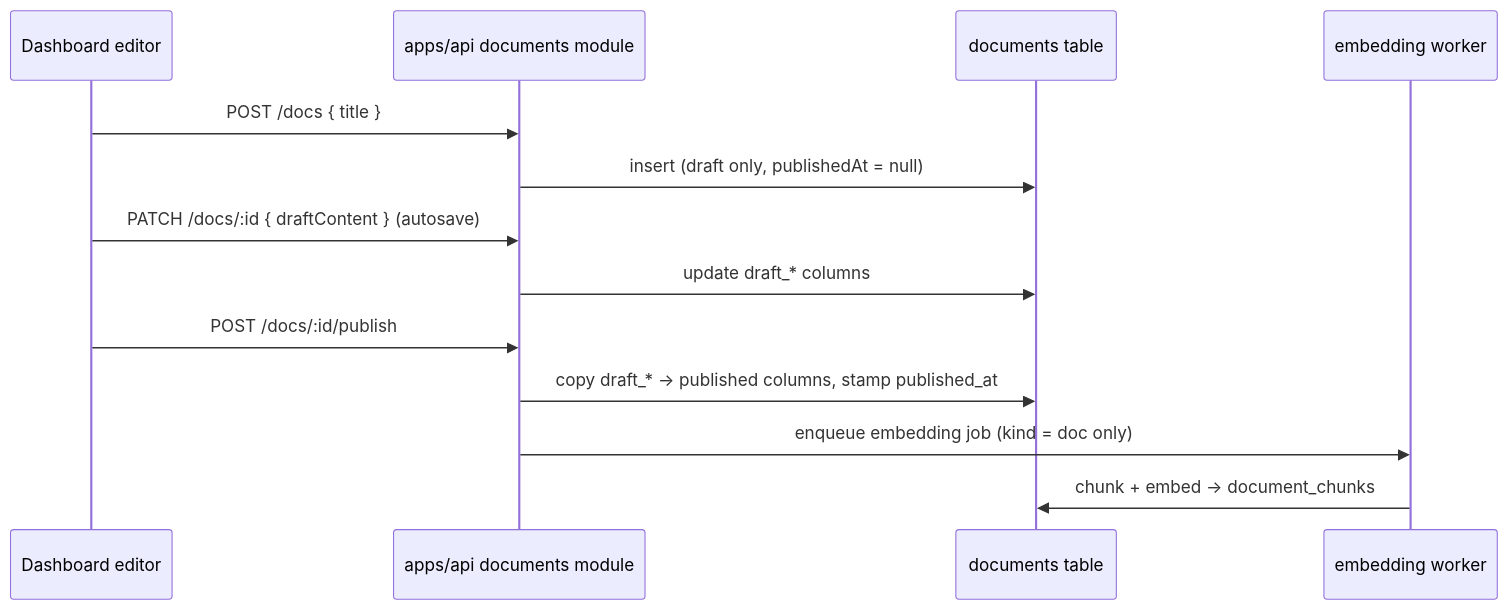
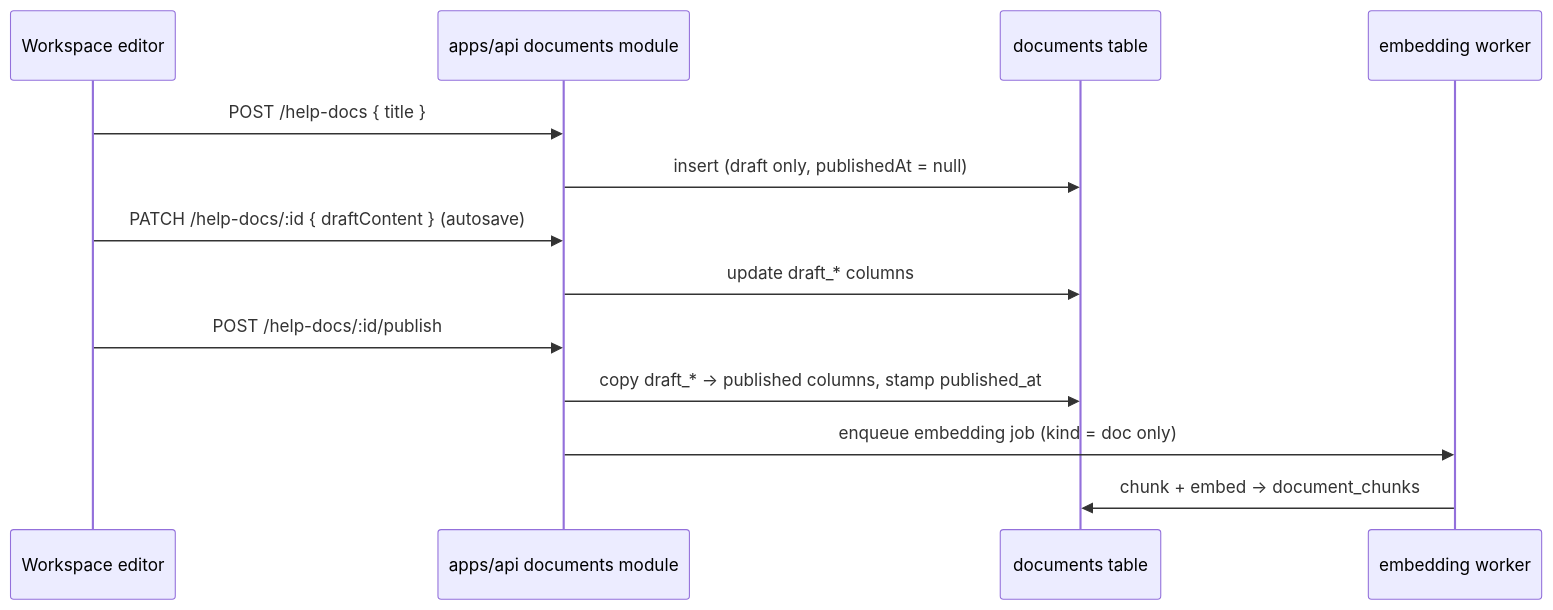
One commit to codelitdev/frontlit changed the second of 3 diagrams in docs/architecture.md. Above: the diagram before and after it, drawn with Mermaid. The commit also changed other lines of this file and 277 other files, not shown here.

````diff
--- a/docs/architecture.md
+++ b/docs/architecture.md
@@ -361,16 +418,16 @@
 ```mermaid
 sequenceDiagram
-    participant U as Dashboard editor
+    participant U as Workspace editor
     participant A as apps/api documents module
     participant DB as documents table
     participant W as embedding worker
 
-    U->>A: POST /docs { title }
+    U->>A: POST /help-docs { title }
     A->>DB: insert (draft only, publishedAt = null)
-    U->>A: PATCH /docs/:id { draftContent } (autosave)
+    U->>A: PATCH /help-docs/:id { draftContent } (autosave)
     A->>DB: update draft_* columns
-    U->>A: POST /docs/:id/publish
+    U->>A: POST /help-docs/:id/publish
     A->>DB: copy draft_* -> published columns, stamp published_at
     A->>W: enqueue embedding job (kind = doc only)
     W->>DB: chunk + embed -> document_chunks
 ```
````
